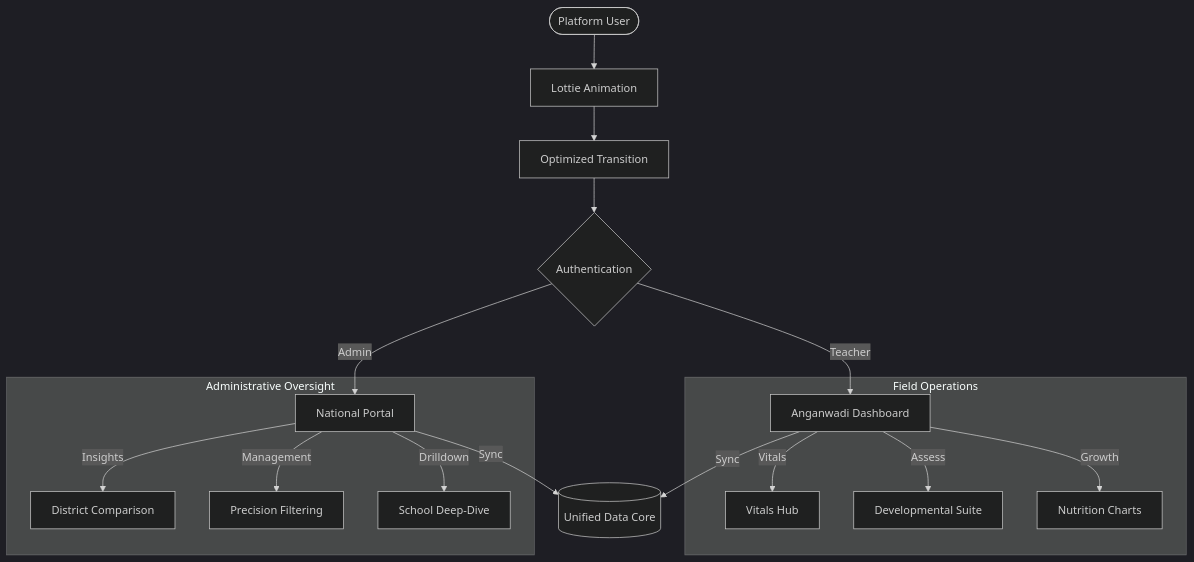
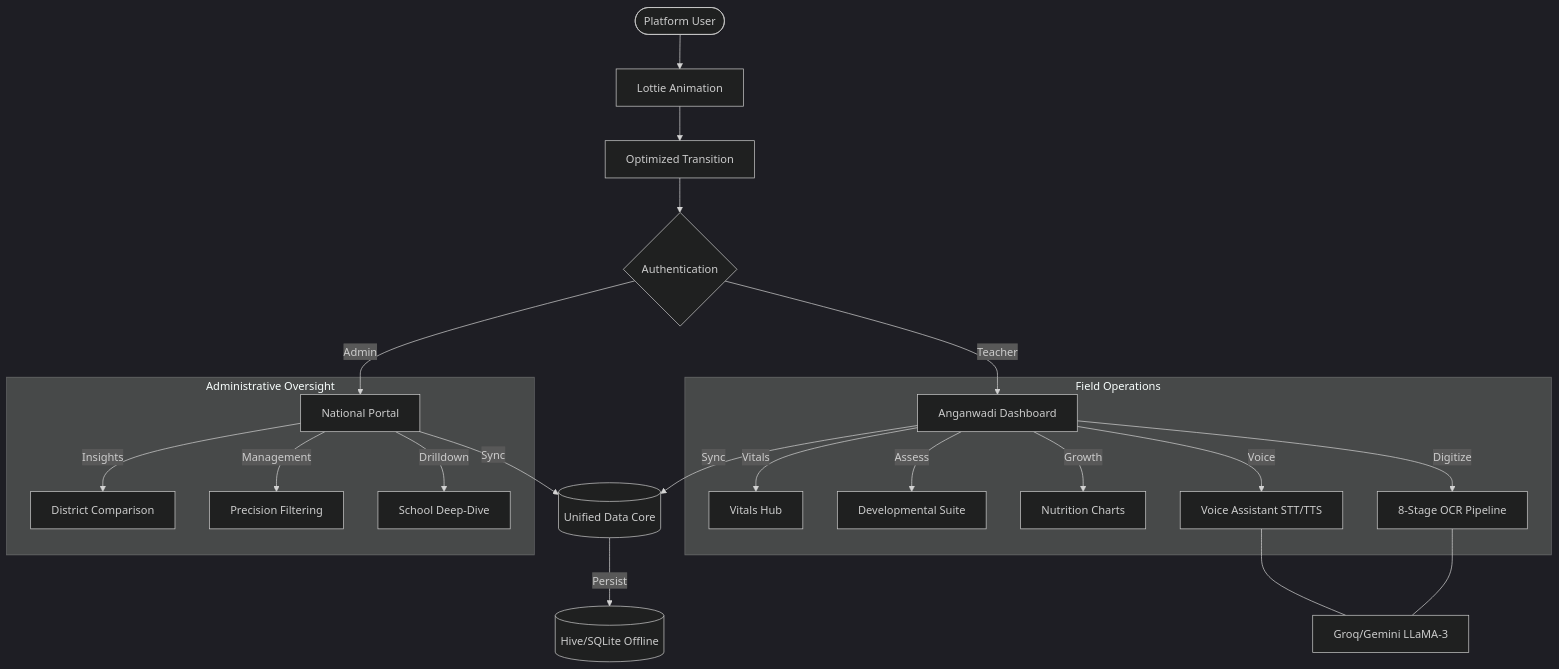
The diagram in README.md (parvathi-s25/Shishu_suraksha), drawn with Mermaid (dark theme) before and after one commit. The commit also changed 26 other files, not shown here.

Commit message:
feat: update system flowchart and push latest features (Voice AI, OCR Pipeline, Offline Storage)

````diff
--- a/README.md
+++ b/README.md
@@ -44,29 +44,36 @@
 ```mermaid
 graph TD
     %% Entry Point
     User([Platform User]) --> Intro[Lottie Animation]
     Intro --> Splash[Optimized Transition]
     Splash --> Login{Authentication}
     
     %% Role Branching
     Login -->|Teacher| Dashboard[Anganwadi Dashboard]
     Login -->|Admin| AdminDash[National Portal]
 
     %% Teacher Flow
     subgraph Operations [Field Operations]
         Dashboard -->|Vitals| LiveVitals[Vitals Hub]
         Dashboard -->|Assess| Assess[Developmental Suite]
         Dashboard -->|Growth| Growth[Nutrition Charts]
+        Dashboard -->|Voice| VoiceAI[Voice Assistant STT/TTS]
+        Dashboard -->|Digitize| OCR[8-Stage OCR Pipeline]
     end
 
     %% Admin Flow
     subgraph Analytics [Administrative Oversight]
         AdminDash -->|Insights| DistrictChart[District Comparison]
         AdminDash -->|Management| SchoolSearch[Precision Filtering]
         AdminDash -->|Drilldown| SchoolDetail[School Deep-Dive]
     end
 
     %% Data Core
     AdminDash -->|Sync| DataService[(Unified Data Core)]
     Dashboard -->|Sync| DataService
+    DataService -->|Persist| Storage[(Hive/SQLite Offline)]
+    
+    %% AI Intelligence
+    VoiceAI --- AI[Groq/Gemini LLaMA-3]
+    OCR --- AI
 ```
````
